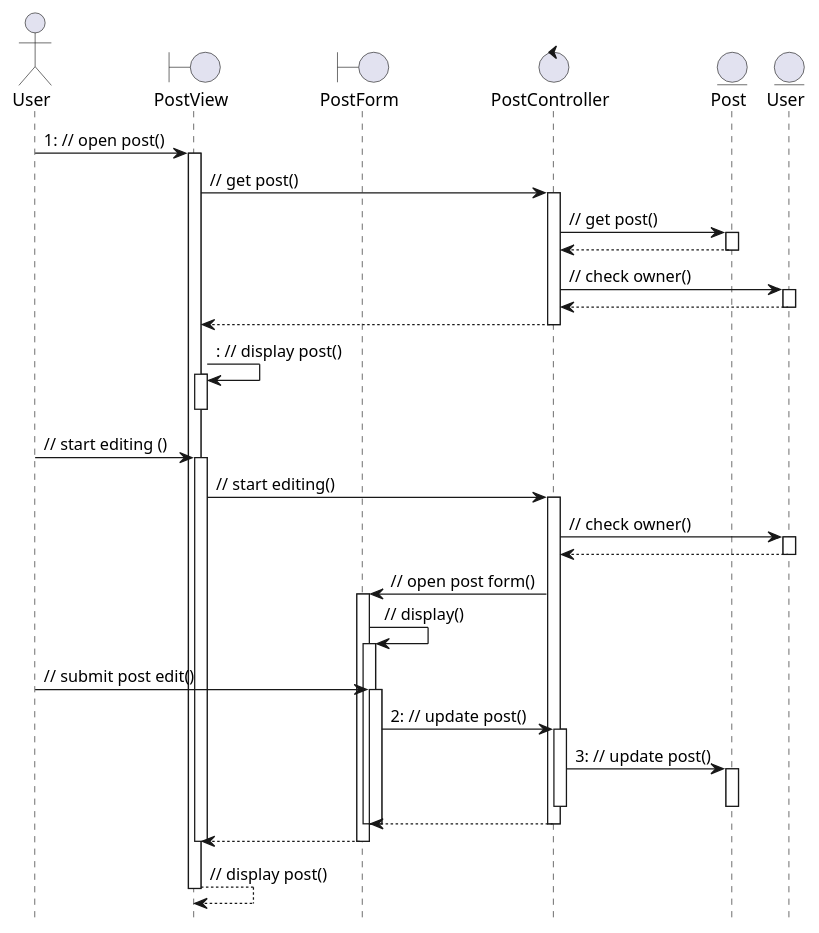
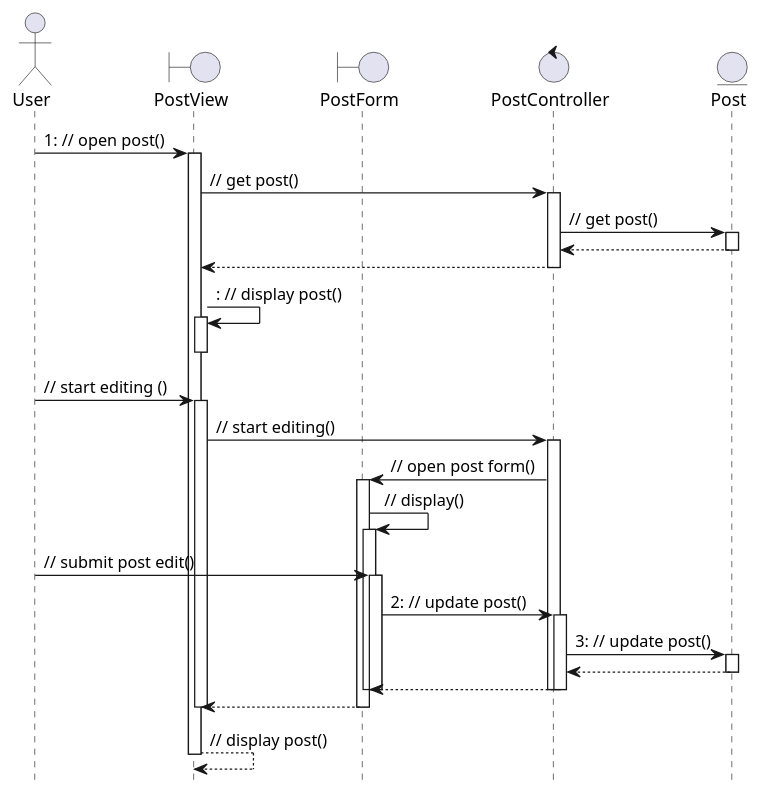
One commit to Huy-Ngo/reddit-design changed the diagram in uc_seq_view_edit.puml. Above: the diagram before and after it, drawn with PlantUML. The commit also changed 3 other files, not shown here.

Commit message:
Update revised diagram for UC analysis

```diff
--- a/uc_seq_view_edit.puml
+++ b/uc_seq_view_edit.puml
@@ -1,45 +1,40 @@
 @startuml
 
 hide footbox
 autoactivate on
 
 actor User as user
 boundary PostView as post_view
 boundary PostForm as post_form
 control PostController as post_ctl
 entity Post as post_ent
-entity User as user_ent
 
 'View post
 user -> post_view : 1: // open post()
 post_view -> post_ctl : // get post()
 post_ctl -> post_ent : // get post()
 post_ctl <-- post_ent
-post_ctl -> user_ent : // check owner()
-post_ctl <-- user_ent
 post_view <-- post_ctl
 post_view -> post_view : : // display post()
 
 'Edit post
 deactivate post_view
 user -> post_view : // start editing ()
 post_view -> post_ctl : // start editing()
-post_ctl -> user_ent : // check owner()
-post_ctl <-- user_ent
 post_ctl -> post_form : // open post form()
 post_form -> post_form : // display()
 user -> post_form : // submit post edit()
 post_form -> post_ctl : 2: // update post()
 post_ctl -> post_ent : 3: // update post()
-deactivate post_ent
+post_ctl <-- post_ent
+post_form <-- post_ctl
 deactivate post_ctl
-post_form <-- post_ctl
 deactivate post_form
 deactivate post_form
 post_view <-- post_form
 deactivate post_view
 
 post_view --> post_view : // display post()
 
 
 @enduml
```
